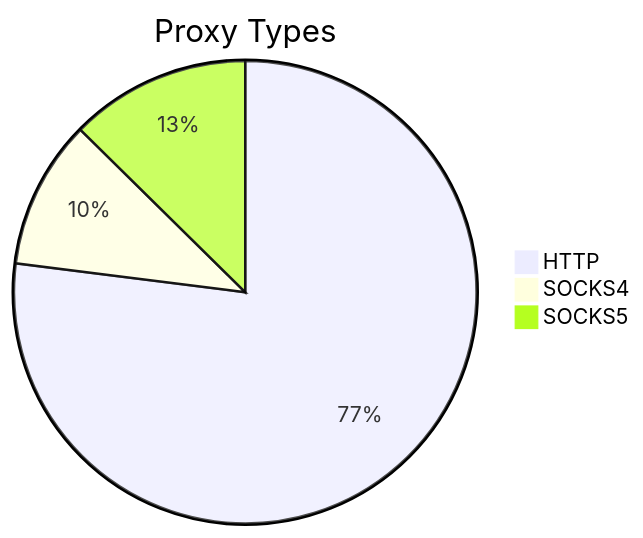
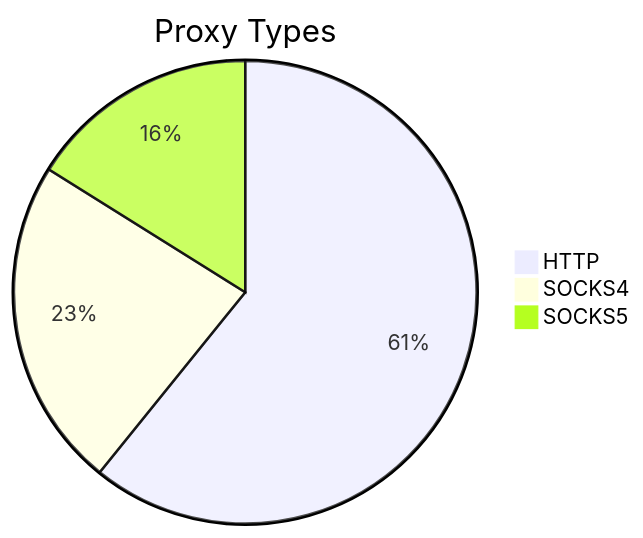
One commit to stormsia/proxy-list changed the first of 2 diagrams in README.md. Above: the diagram before and after it, drawn with Mermaid. The commit also changed other lines of this file, not shown here.

````diff
--- a/README.md
+++ b/README.md
@@ -21,6 +21,6 @@
 ```mermaid
 pie title Proxy Types
-    "HTTP" : 415
-    "SOCKS4" : 56
-    "SOCKS5" : 68
+    "HTTP" : 506
+    "SOCKS4" : 192
+    "SOCKS5" : 134
 ```
````
